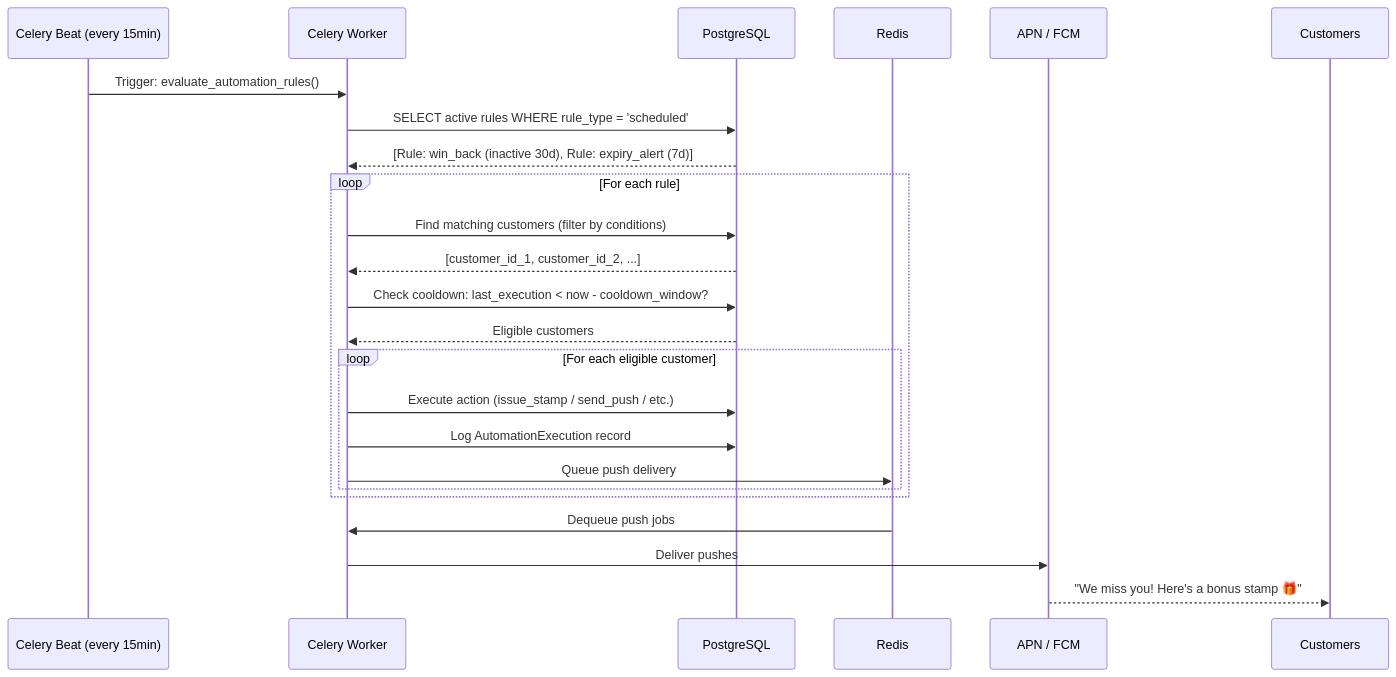
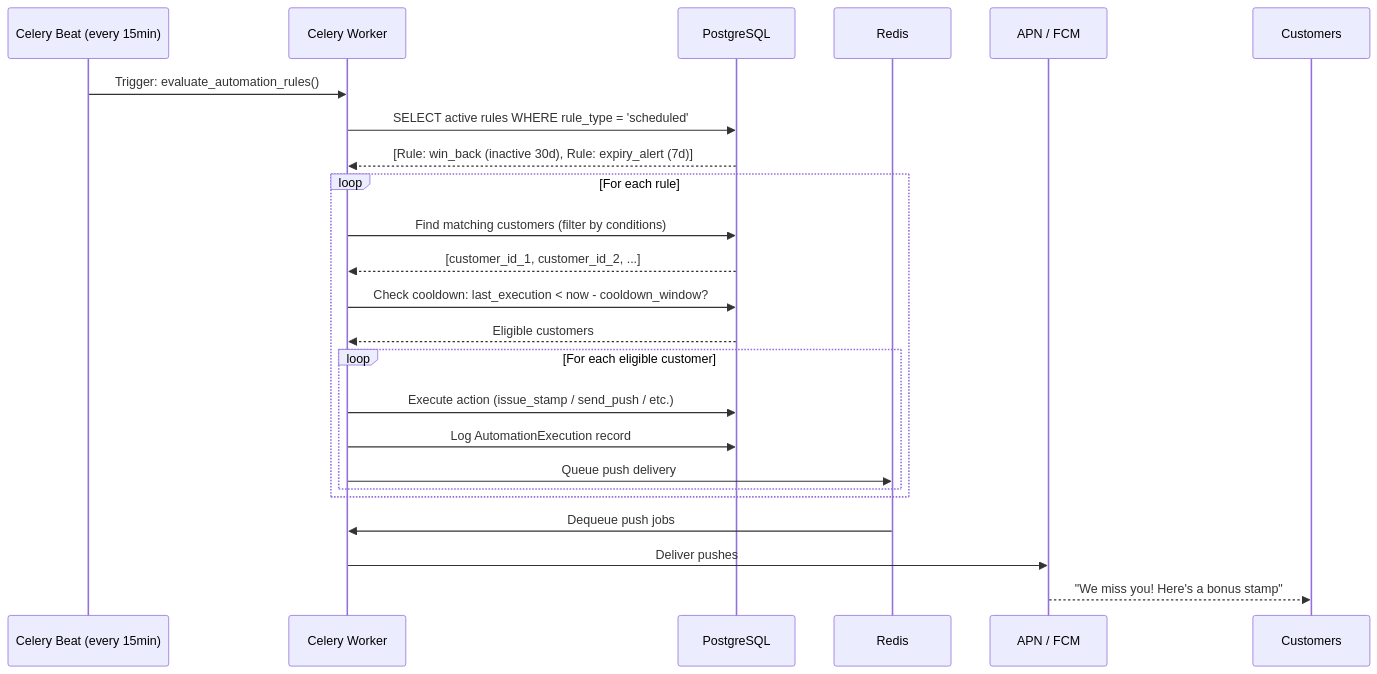
The sixth of 12 diagrams in docs/ARCHITECTURE.md (somatechlat/loyallia), drawn with Mermaid before and after one commit. The commit also changed other lines of this file and 212 other files, not shown here.

````diff
--- a/docs/ARCHITECTURE.md
+++ b/docs/ARCHITECTURE.md
@@ -281,31 +267,31 @@
 ```mermaid
 sequenceDiagram
     participant BEAT as Celery Beat (every 15min)
     participant CEL as Celery Worker
     participant DB as PostgreSQL
     participant RD as Redis
     participant APN as APN / FCM
 
     BEAT->>CEL: Trigger: evaluate_automation_rules()
 
     CEL->>DB: SELECT active rules WHERE rule_type = 'scheduled'
     DB-->>CEL: [Rule: win_back (inactive 30d), Rule: expiry_alert (7d)]
 
     loop For each rule
         CEL->>DB: Find matching customers (filter by conditions)
         DB-->>CEL: [customer_id_1, customer_id_2, ...]
 
         CEL->>DB: Check cooldown: last_execution < now - cooldown_window?
         DB-->>CEL: Eligible customers
 
         loop For each eligible customer
             CEL->>DB: Execute action (issue_stamp / send_push / etc.)
             CEL->>DB: Log AutomationExecution record
             CEL->>RD: Queue push delivery
         end
     end
 
     RD->>CEL: Dequeue push jobs
     CEL->>APN: Deliver pushes
-    APN-->>Customers: "We miss you! Here's a bonus stamp 🎁"
+    APN-->>Customers: "We miss you! Here's a bonus stamp"
 ```
````
